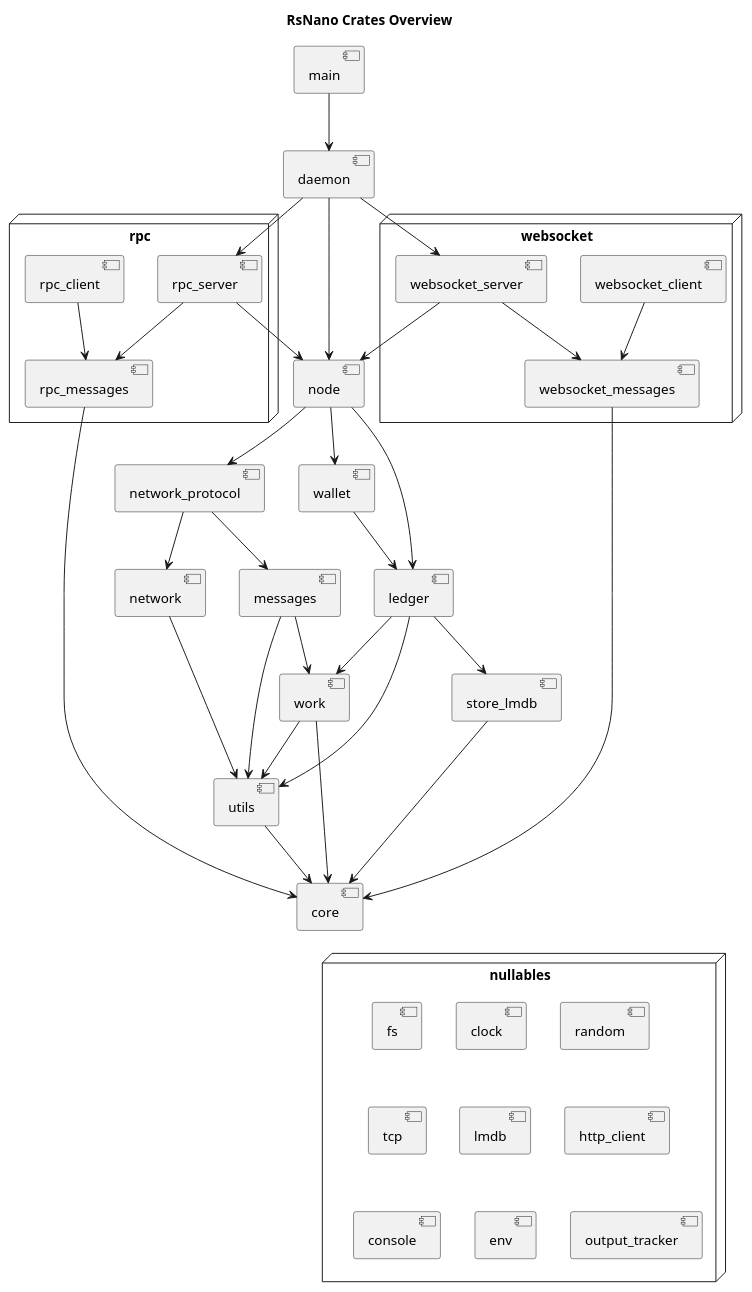
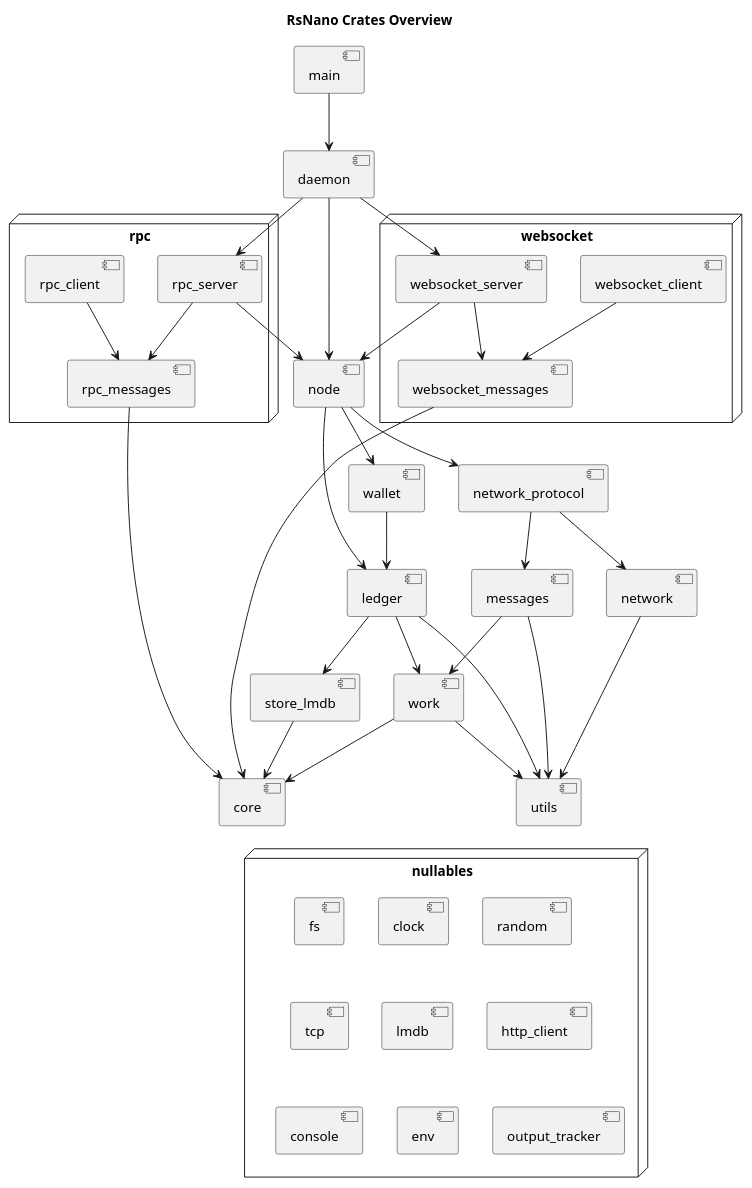
One commit to RickiNano/nano-node changed the diagram in doc/crates.puml. Above: the diagram before and after it, drawn with PlantUML. The commit also changed 5 other files, not shown here.

Commit message:
Remove rsnano_core dependency from rsnano_utils

```diff
--- a/doc/crates.puml
+++ b/doc/crates.puml
@@ -1,70 +1,69 @@
 @startuml
 title RsNano Crates Overview
 
 [core]
 [work]
 [utils]
 [ledger]
 [store_lmdb]
 [messages]
 [network]
 [network_protocol]
 [daemon]
 [node]
 [main]
 [wallet]
 
 node "rpc"{
 [rpc_messages]
 [rpc_server]
 [rpc_client]
 }
 
 node "websocket"{
 [websocket_messages]
 [websocket_server]
 [websocket_client]
 }
 
 node "nullables" {
 [fs]
 [clock]
 [random]
 [tcp]
 [lmdb]
 [http_client]
 [console]
 [env]
 [output_tracker]
 }
 
 [main] --> [daemon]
 [daemon] --> [node]
 [daemon] --> [rpc_server]
 [daemon] --> [websocket_server]
 [rpc_server] --> [node]
 [rpc_server] --> [rpc_messages]
 [rpc_client] --> [rpc_messages]
 [rpc_messages] --> [core]
 [node] --> [ledger]
 [node] --> [network_protocol]
 [node] --> [wallet]
 [network_protocol] --> messages
 [network_protocol] --> network
 [websocket_server] --> [websocket_messages]
 [websocket_server] --> [node]
 [websocket_messages] --> [core]
 [websocket_client] --> [websocket_messages]
 [messages] --> [work]
 [messages] --> [utils]
 [network] --> [utils]
 [ledger] --> [store_lmdb]
 [ledger] --> [work]
 [ledger] --> [utils]
 [store_lmdb] --> [core]
 [work] --> [core]
 [work] --> [utils]
-[utils] --> [core]
 [wallet] --> [ledger]
 [core] -[hidden]-> "nullables"
 @enduml
```
